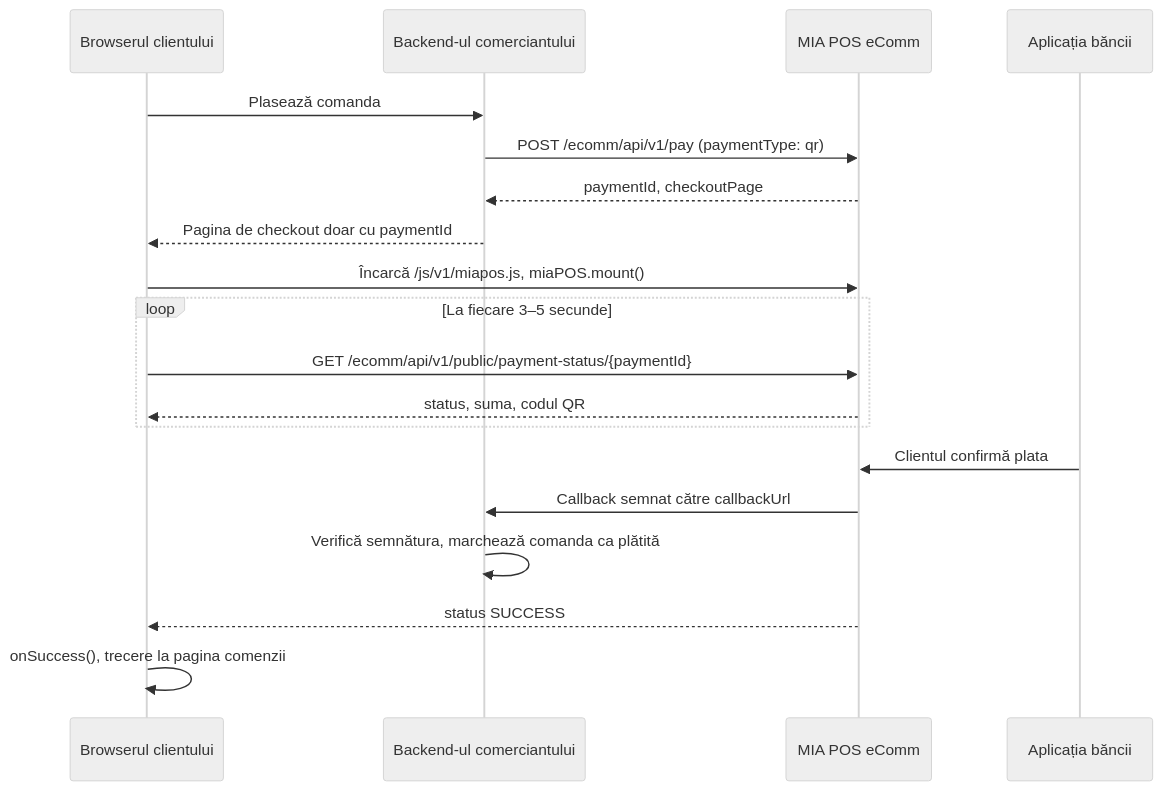
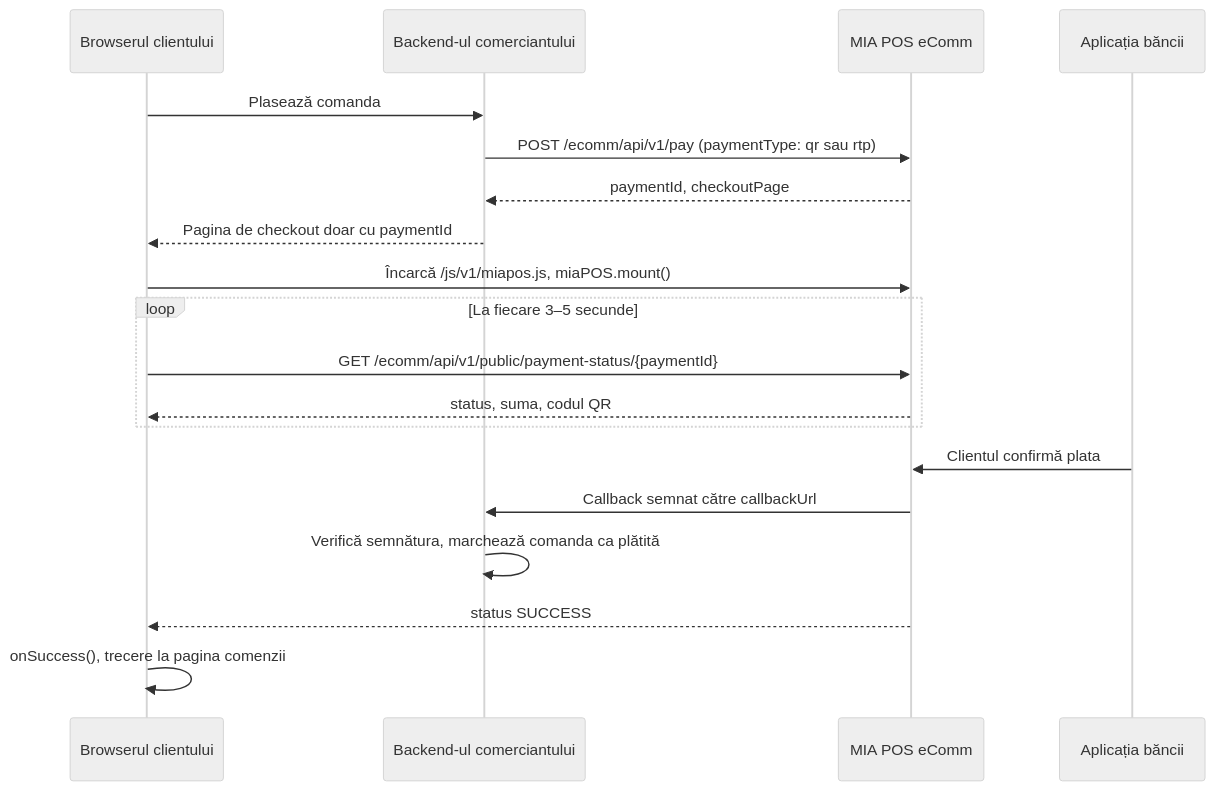
One commit to miapos/mia-pay-ecomm-integration changed the diagram in docs/ro/embedded-checkout.md. Above: the diagram before and after it, drawn with Mermaid (neutral theme). The commit also changed other lines of this file and 2 other files, not shown here.

````diff
--- a/docs/ro/embedded-checkout.md
+++ b/docs/ro/embedded-checkout.md
@@ -33,22 +33,22 @@
 ```mermaid
 sequenceDiagram
     participant B as Browserul clientului
     participant S as Backend-ul comerciantului
     participant M as MIA POS eComm
     participant A as Aplicația băncii
 
     B->>S: Plasează comanda
-    S->>M: POST /ecomm/api/v1/pay (paymentType: qr)
+    S->>M: POST /ecomm/api/v1/pay (paymentType: qr sau rtp)
     M-->>S: paymentId, checkoutPage
     S-->>B: Pagina de checkout doar cu paymentId
     B->>M: Încarcă /js/v1/miapos.js, miaPOS.mount()
     loop La fiecare 3–5 secunde
         B->>M: GET /ecomm/api/v1/public/payment-status/{paymentId}
         M-->>B: status, suma, codul QR
     end
     A->>M: Clientul confirmă plata
     M->>S: Callback semnat către callbackUrl
     S->>S: Verifică semnătura, marchează comanda ca plătită
     M-->>B: status SUCCESS
     B->>B: onSuccess(), trecere la pagina comenzii
 ```
````
